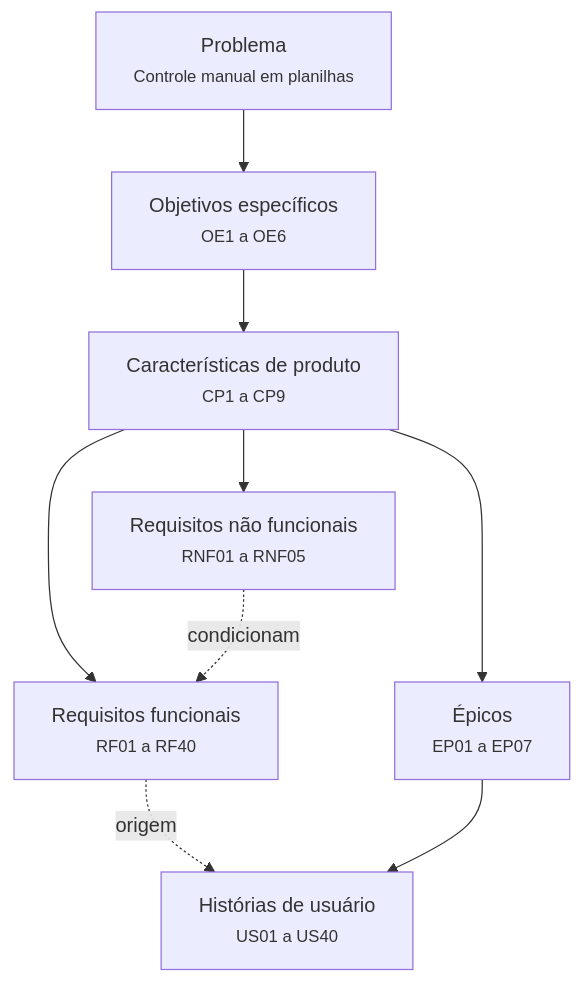
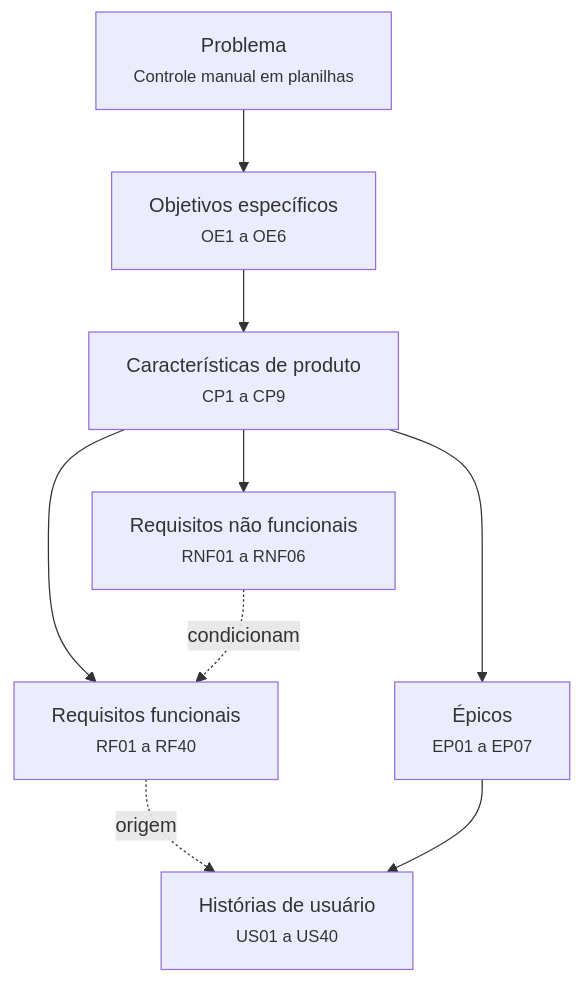
One commit to mdsreq-fga-unb/REQ-202562-T02-TSI-AutoPecas changed the diagram in docs/visao-produto/rastreabilidade.md. Above: the diagram before and after it, drawn with Mermaid. The commit also changed other lines of this file and 8 other files, not shown here.

Commit message:
docs(requisitos): cria RNF06 de backup e recuperação de dados (#49)

````diff
--- a/docs/visao-produto/rastreabilidade.md
+++ b/docs/visao-produto/rastreabilidade.md
@@ -13,11 +13,11 @@
 ```mermaid
 flowchart TD
     P["Problema<br/><small>Controle manual em planilhas</small>"] --> OE["Objetivos específicos<br/><small>OE1 a OE6</small>"]
     OE --> CP["Características de produto<br/><small>CP1 a CP9</small>"]
     CP --> EP["Épicos<br/><small>EP01 a EP07</small>"]
     CP --> RF["Requisitos funcionais<br/><small>RF01 a RF40</small>"]
-    CP --> RNF["Requisitos não funcionais<br/><small>RNF01 a RNF05</small>"]
+    CP --> RNF["Requisitos não funcionais<br/><small>RNF01 a RNF06</small>"]
     RNF -. condicionam .-> RF
     RF -. origem .-> US["Histórias de usuário<br/><small>US01 a US40</small>"]
     EP --> US
 ```
````
